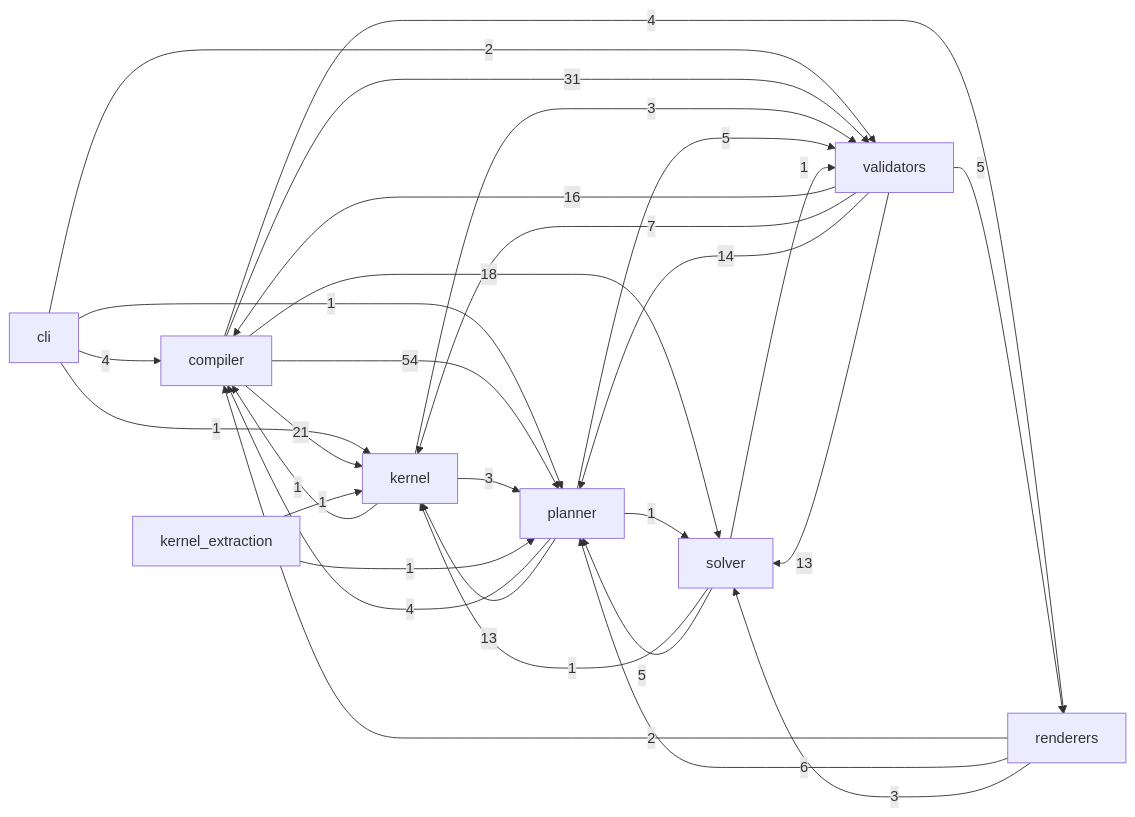
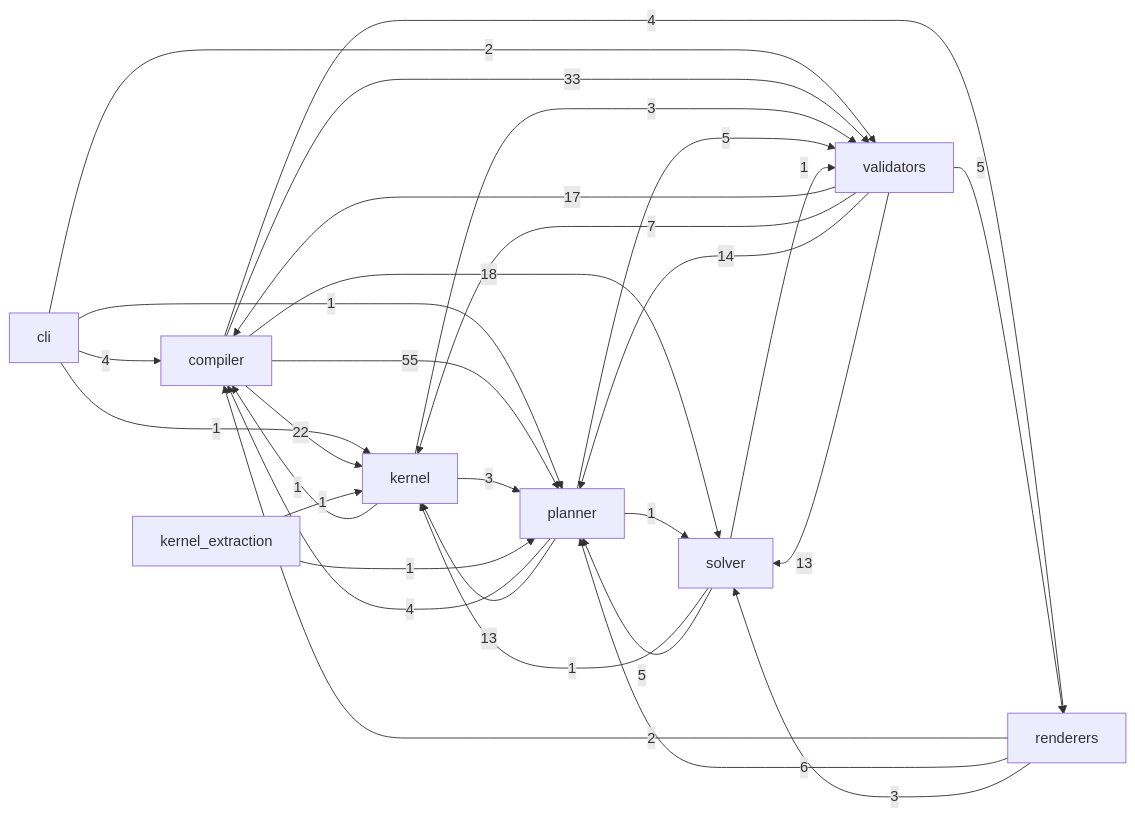
Before and after one commit to Kingsley-Cyber/cinematic-compiler-core: the diagram in docs/reference/code.md, drawn with Mermaid. The commit also changed other lines of this file and 131 other files, not shown here.

````diff
--- a/docs/reference/code.md
+++ b/docs/reference/code.md
@@ -15,32 +15,32 @@
 ```mermaid
 flowchart LR
   cli -->|4| compiler
   cli -->|1| kernel
   cli -->|1| planner
   cli -->|2| validators
-  compiler -->|21| kernel
-  compiler -->|54| planner
+  compiler -->|22| kernel
+  compiler -->|55| planner
   compiler -->|4| renderers
   compiler -->|18| solver
-  compiler -->|31| validators
+  compiler -->|33| validators
   kernel -->|1| compiler
   kernel -->|3| planner
   kernel -->|3| validators
   kernel_extraction -->|1| kernel
   kernel_extraction -->|1| planner
   planner -->|4| compiler
   planner -->|13| kernel
   planner -->|1| solver
   planner -->|5| validators
   renderers -->|2| compiler
   renderers -->|6| planner
   renderers -->|3| solver
   solver -->|1| kernel
   solver -->|5| planner
   solver -->|1| validators
-  validators -->|16| compiler
+  validators -->|17| compiler
   validators -->|7| kernel
   validators -->|14| planner
   validators -->|5| renderers
   validators -->|13| solver
 ```
````
